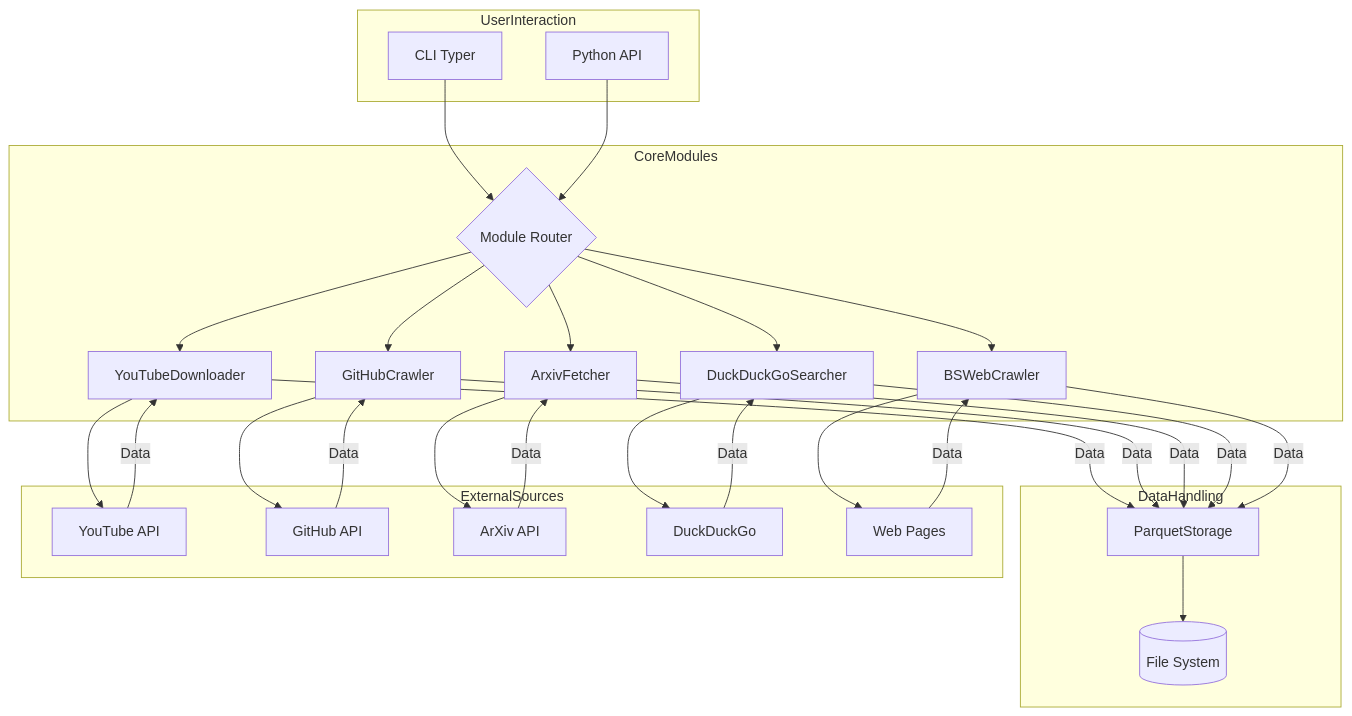
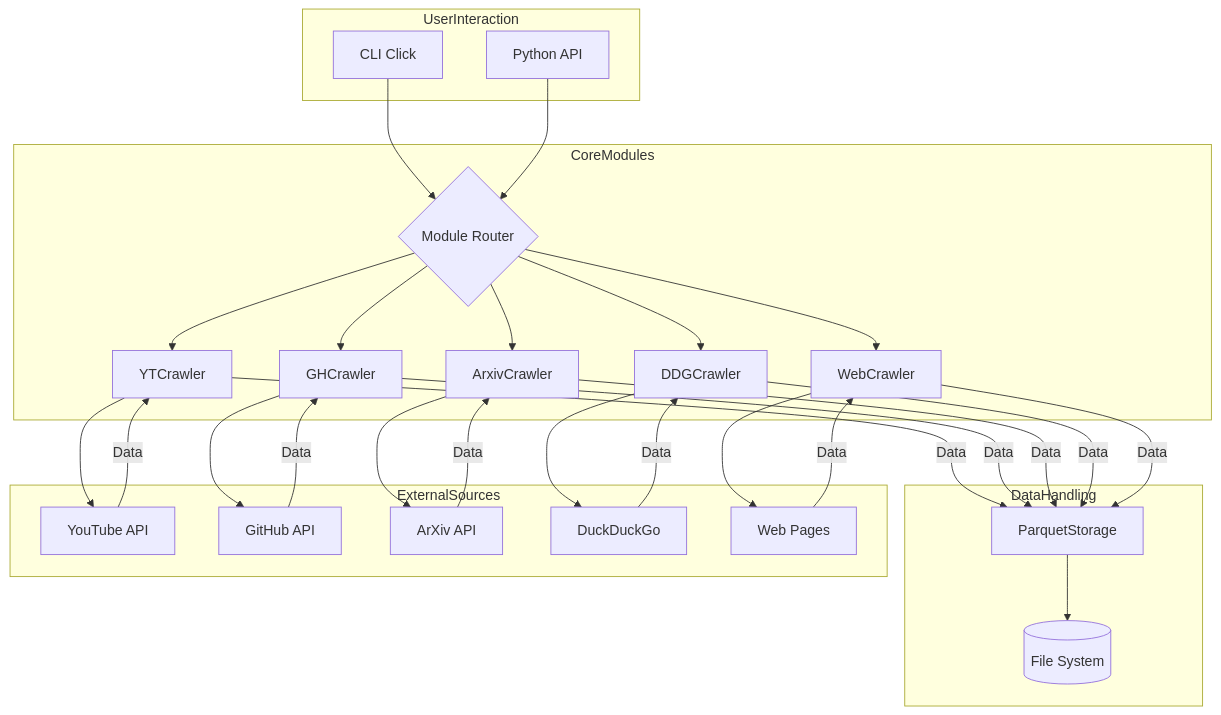
Before and after one commit to Ollama-Agent-Roll-Cage/oarc-crawlers: the diagram in README.md, drawn with Mermaid. The commit also changed other lines of this file and 21 other files, not shown here.

````diff
--- a/README.md
+++ b/README.md
@@ -194,57 +185,57 @@
 ```mermaid
 graph TD
     subgraph UserInteraction
-        CLI[CLI Typer]
+        CLI[CLI Click]
         API[Python API]
     end
 
     subgraph CoreModules
         Router{Module Router}
-        YT[YouTubeDownloader]
-        GH[GitHubCrawler]
-        AX[ArxivFetcher]
-        DDG[DuckDuckGoSearcher]
-        BS[BSWebCrawler]
+        YT[YTCrawler]
+        GH[GHCrawler]
+        AX[ArxivCrawler]
+        DDG[DDGCrawler]
+        WEB[WebCrawler]
     end
 
     subgraph DataHandling
         PS[ParquetStorage]
         FS[(File System)]
     end
 
     subgraph ExternalSources
         SourceYT[YouTube API]
         SourceGH[GitHub API]
         SourceAX[ArXiv API]
         SourceDDG[DuckDuckGo]
         SourceWeb[Web Pages]
     end
 
     CLI --> Router
     API --> Router
     Router --> YT
     Router --> GH
     Router --> AX
     Router --> DDG
-    Router --> BS
+    Router --> WEB
 
     YT --> SourceYT
     GH --> SourceGH
     AX --> SourceAX
     DDG --> SourceDDG
-    BS --> SourceWeb
+    WEB --> SourceWeb
 
     SourceYT -- Data --> YT
     SourceGH -- Data --> GH
     SourceAX -- Data --> AX
     SourceDDG -- Data --> DDG
-    SourceWeb -- Data --> BS
+    SourceWeb -- Data --> WEB
 
     YT -- Data --> PS
     GH -- Data --> PS
     AX -- Data --> PS
     DDG -- Data --> PS
-    BS -- Data --> PS
+    WEB -- Data --> PS
 
     PS --> FS
 ```
````
